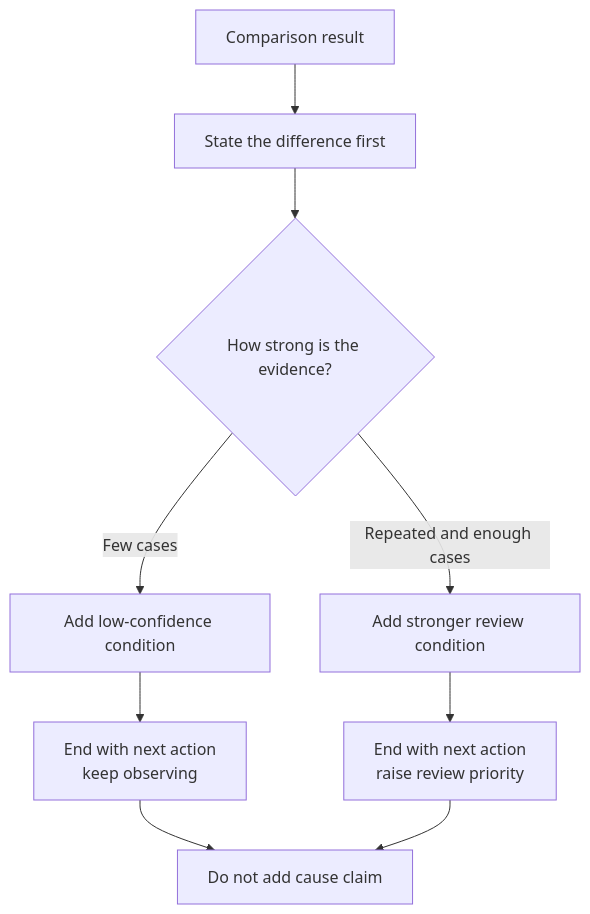
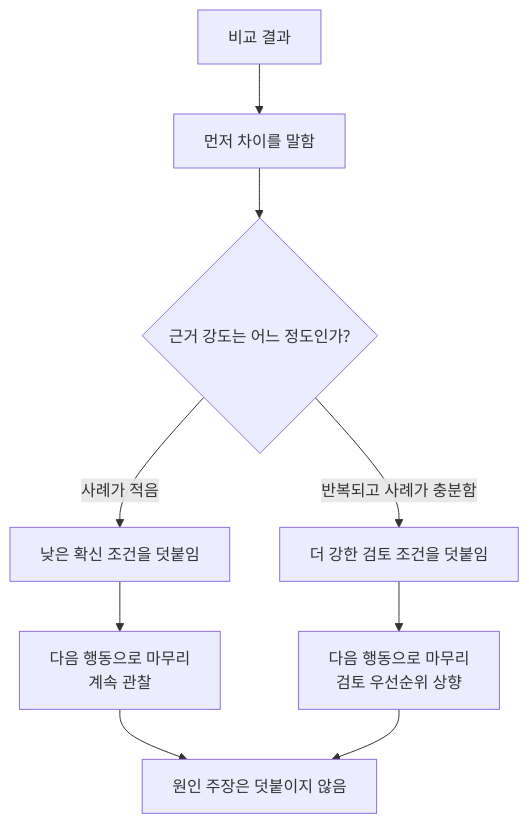
The diagram in docs/parts/part-03/chapter-08/section-03.md (devchan64/AiBook), drawn with Mermaid before and after one commit. The commit also changed 45 other files, not shown here.

Commit message:
docs: localize part 3 mermaid diagrams

````diff
--- a/docs/parts/part-03/chapter-08/section-03.md
+++ b/docs/parts/part-03/chapter-08/section-03.md
@@ -66,12 +66,12 @@
 ```mermaid
 flowchart TD
-    A[Comparison result]
-    A --> B[State the difference first]
-    B --> C{How strong is the evidence?}
-    C -->|Few cases| D[Add low-confidence condition]
-    C -->|Repeated and enough cases| E[Add stronger review condition]
-    D --> F[End with next action<br/>keep observing]
-    E --> G[End with next action<br/>raise review priority]
-    F --> H[Do not add cause claim]
+    A[비교 결과]
+    A --> B[먼저 차이를 말함]
+    B --> C{근거 강도는 어느 정도인가?}
+    C -->|사례가 적음| D[낮은 확신 조건을 덧붙임]
+    C -->|반복되고 사례가 충분함| E[더 강한 검토 조건을 덧붙임]
+    D --> F[다음 행동으로 마무리<br/>계속 관찰]
+    E --> G[다음 행동으로 마무리<br/>검토 우선순위 상향]
+    F --> H[원인 주장은 덧붙이지 않음]
     G --> H
 ```
````
